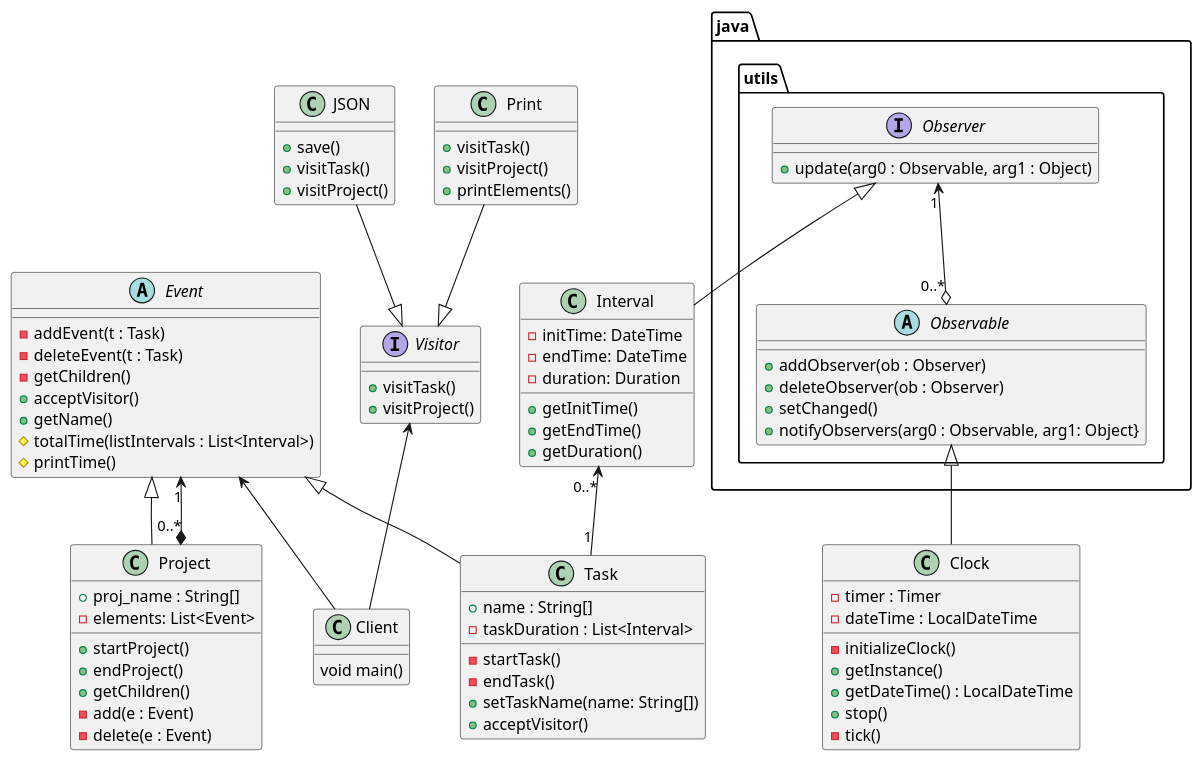
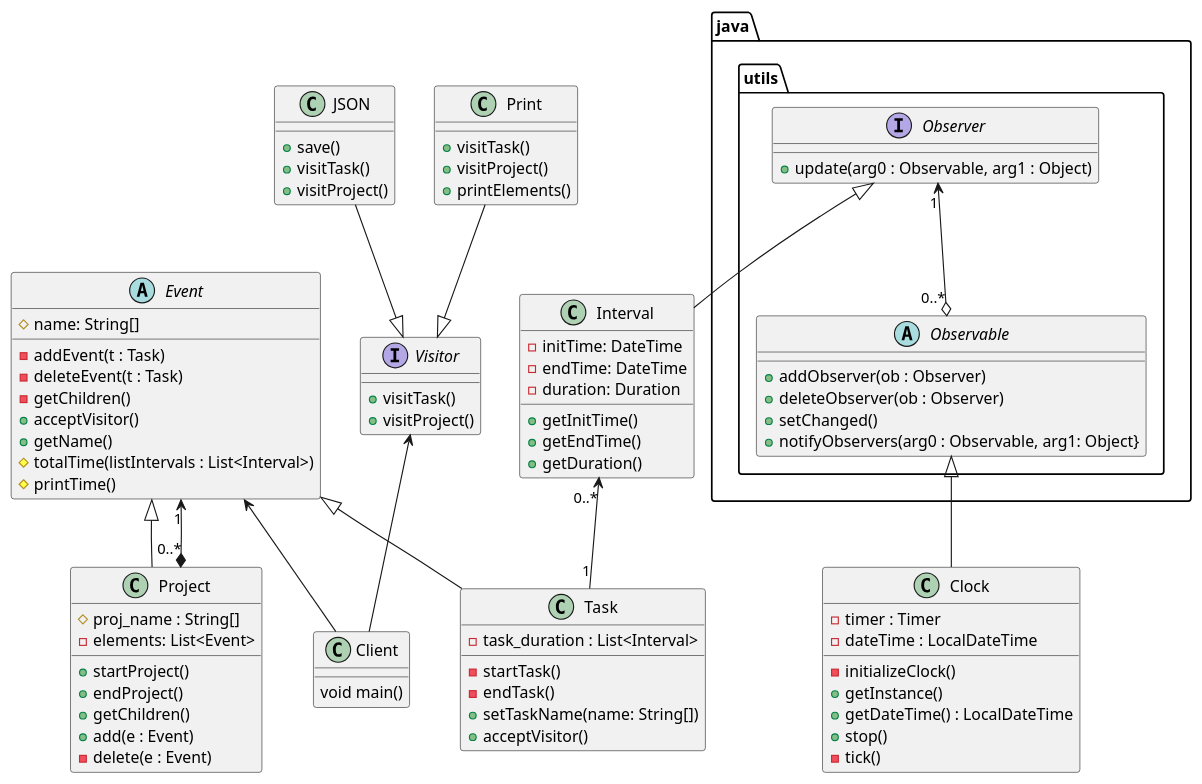
One commit to guillem-martinez/DS-Projecte changed the diagram in Class_diag.puml. Above: the diagram before and after it, drawn with PlantUML. The commit also changed 8 other files, not shown here.

```diff
--- a/Class_diag.puml
+++ b/Class_diag.puml
@@ -1,102 +1,102 @@
 @startuml
 'https://plantuml.com/class-diagram
 
 
 class Project{
-+ proj_name : String[]
+# proj_name : String[]
 - elements: List<Event>
 + startProject()
 + endProject()
 + getChildren()
-- add(e : Event)
++ add(e : Event)
 - delete(e : Event)
 }
 
 class Task{
-+ name : String[]
-- taskDuration : List<Interval>
+- task_duration : List<Interval>
 - startTask()
 - endTask()
 + setTaskName(name: String[])
 +acceptVisitor()
 }
 
 abstract Event{
+# name: String[]
 - addEvent(t : Task)
 - deleteEvent(t : Task)
 - getChildren()
 + acceptVisitor()
 + getName()
 # totalTime(listIntervals : List<Interval>)
 # printTime()
 }
 
 class Clock{
 - timer : Timer
 - dateTime : LocalDateTime
 - initializeClock()
 + getInstance()
 + getDateTime() : LocalDateTime
 + stop()
 - tick()
 }
 
 class Interval{
 - initTime: DateTime
 - endTime: DateTime
 - duration: Duration /'cada golpe de reloj incremento'/
 + getInitTime()
 + getEndTime()
 + getDuration()
 }
 
 interface Visitor{
 + visitTask()
 + visitProject()
 }
 
 class JSON{
 + save()
 + visitTask()
 + visitProject()
 }
 
 class Print{
 + visitTask()
 + visitProject()
 + printElements()
 }
 
 package "java.utils"{
 interface Observer{
 + update(arg0 : Observable, arg1 : Object)
 }
 
 abstract Observable{
 + addObserver(ob : Observer)
 + deleteObserver(ob : Observer)
 + setChanged()
 + notifyObservers(arg0 : Observable, arg1: Object}
 }
 }
 
 class Client{
 void main()
 }
 
 Event <|-- Task
 Event <|-- Project
 
 Event "1" <--* "0..*" Project
 Observable <|-- Clock
 Observer <|-- Interval
 Observer "1" <--o "0..*" Observable
 Interval "0..*" <--  "1" Task
 Event <-- Client
 JSON --|> Visitor
 Visitor <-- Client
 Print --|> Visitor
 
 
 
 @enduml
```
